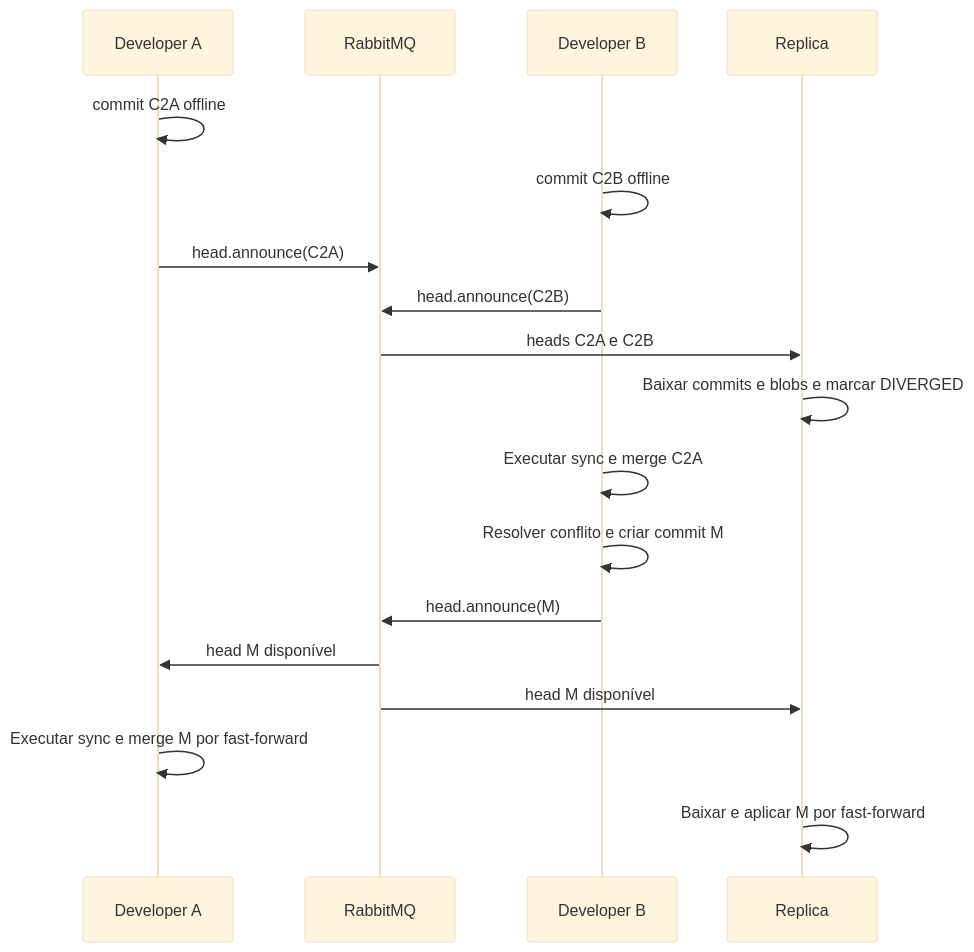
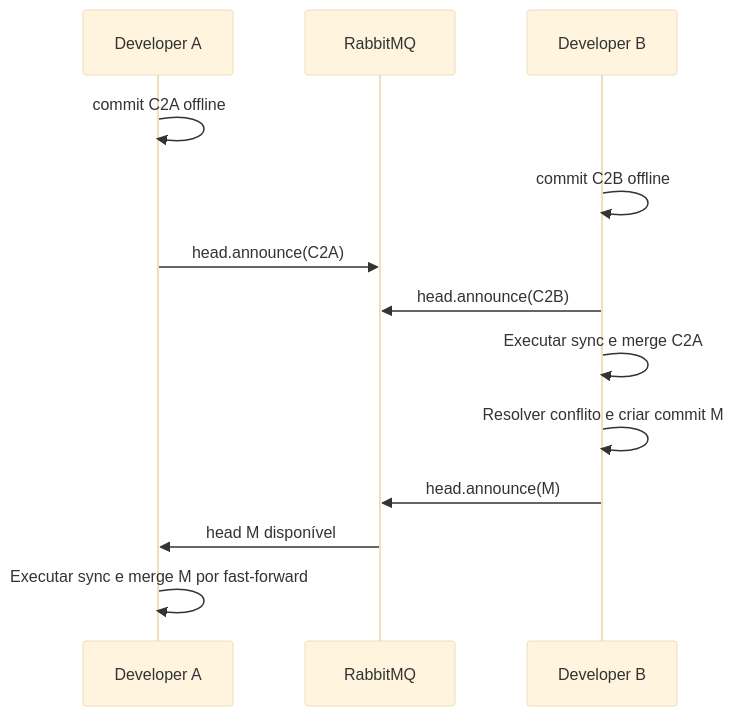
One commit to lemuel-manske/fit changed the tenth of 10 diagrams in README.md. Above: the diagram before and after it, drawn with Mermaid (base theme). The commit also changed other lines of this file, not shown here.

````diff
--- a/README.md
+++ b/README.md
@@ -654,21 +660,16 @@
 ```mermaid
 sequenceDiagram
     participant A as Developer A
     participant MQ as RabbitMQ
     participant B as Developer B
-    participant R as Replica
 
     A->>A: commit C2A offline
     B->>B: commit C2B offline
     A->>MQ: head.announce(C2A)
     B->>MQ: head.announce(C2B)
-    MQ->>R: heads C2A e C2B
-    R->>R: Baixar commits e blobs e marcar DIVERGED
     B->>B: Executar sync e merge C2A
     B->>B: Resolver conflito e criar commit M
     B->>MQ: head.announce(M)
     MQ->>A: head M disponível
-    MQ->>R: head M disponível
     A->>A: Executar sync e merge M por fast-forward
-    R->>R: Baixar e aplicar M por fast-forward
 ```
````
